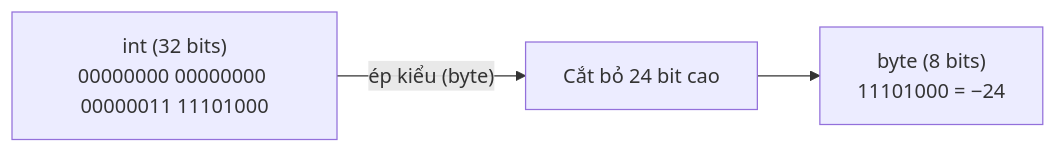
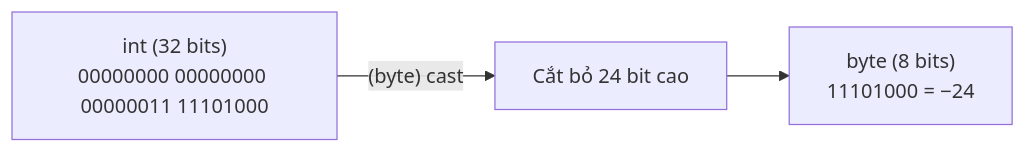
The second of 2 diagrams in vi/03-data-types/theory/03-literals-casting-numeric-behavior.md (PhuThien2005/theoretical-of-java-core), drawn with Mermaid before and after one commit. The commit also changed other lines of this file and 229 other files, not shown here.

````diff
--- a/vi/03-data-types/theory/03-literals-casting-numeric-behavior.md
+++ b/vi/03-data-types/theory/03-literals-casting-numeric-behavior.md
@@ -181,5 +176,5 @@
 ```mermaid
 flowchart LR
-    A["int (32 bits)\n00000000 00000000 00000011 11101000"] -- "ép kiểu (byte)" --> B["Cắt bỏ 24 bit cao"]
+    A["int (32 bits)\n00000000 00000000 00000011 11101000"] -- "(byte) cast" --> B["Cắt bỏ 24 bit cao"]
     B --> C["byte (8 bits)\n11101000 = −24"]
 ```
````
